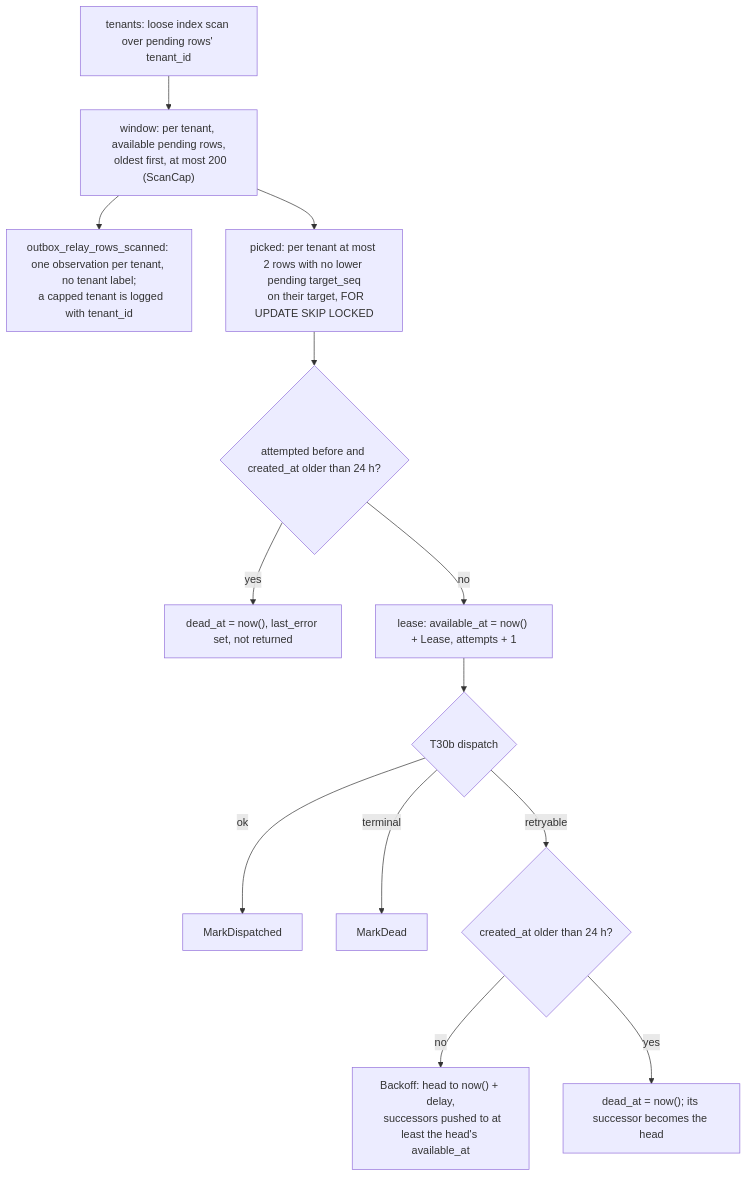
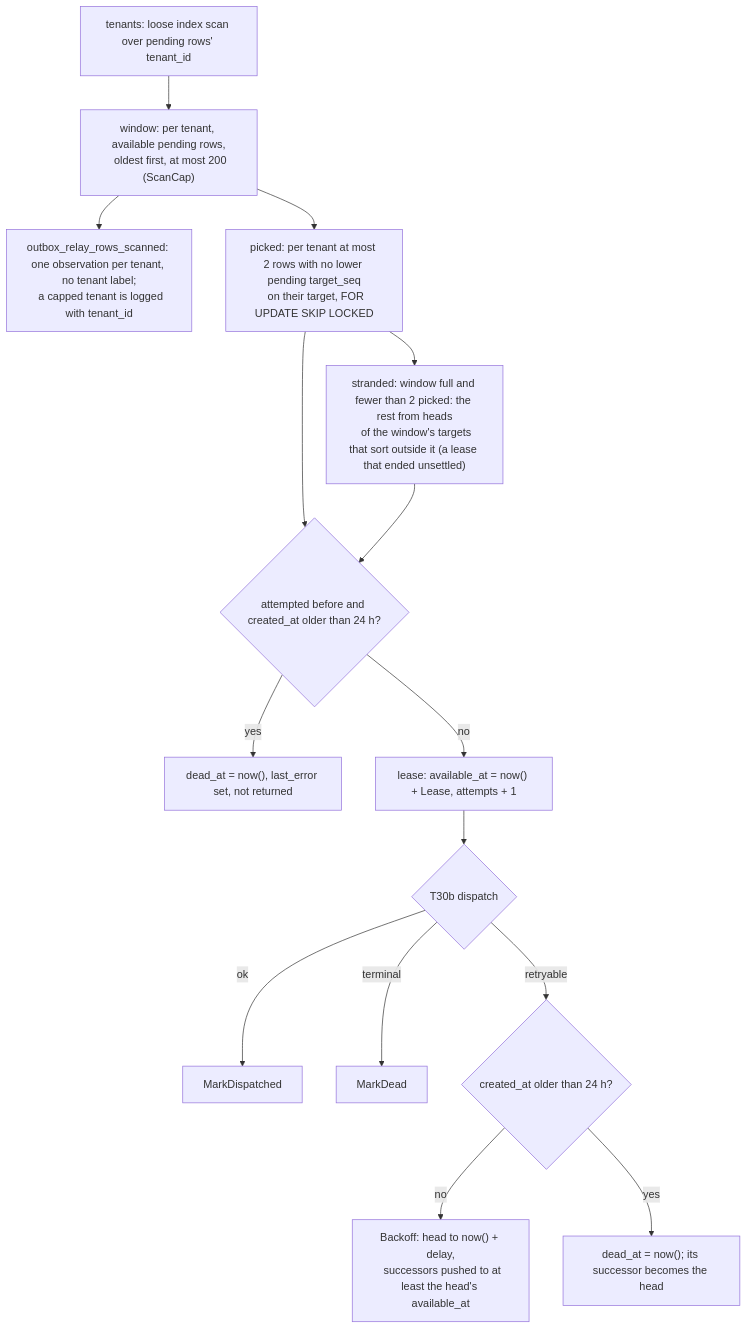
The first of 2 diagrams in docs/architecture/outbox-relay.md (Navaladi2019/TicketingSystem), drawn with Mermaid before and after one commit. The commit also changed other lines of this file and 6 other files, not shown here.

First line of the commit message:
TICK-248: claim heads stranded behind their successors after a lease

````diff
--- a/docs/architecture/outbox-relay.md
+++ b/docs/architecture/outbox-relay.md
@@ -17,19 +17,22 @@
 ```mermaid
 flowchart TD
   T["tenants: loose index scan over pending rows' tenant_id"] --> W["window: per tenant, available pending rows,
   oldest first, at most 200 (ScanCap)"]
   W --> M["outbox_relay_rows_scanned: one observation per tenant, no tenant label;
   a capped tenant is logged with tenant_id"]
   W --> P["picked: per tenant at most 2 rows with no lower pending target_seq
   on their target, FOR UPDATE SKIP LOCKED"]
-  P --> X{"attempted before and created_at older than 24 h?"}
+  P --> S["stranded: window full and fewer than 2 picked: the rest from heads
+  of the window's targets that sort outside it (a lease that ended unsettled)"]
+  P --> X
+  S --> X{"attempted before and created_at older than 24 h?"}
   X -->|yes| XD["dead_at = now(), last_error set, not returned"]
   X -->|no| L["lease: available_at = now() + Lease, attempts + 1"]
   L --> D{T30b dispatch}
   D -->|ok| MD[MarkDispatched]
   D -->|terminal| MX[MarkDead]
   D -->|retryable| B{"created_at older than 24 h?"}
   B -->|no| BO["Backoff: head to now() + delay,
   successors pushed to at least the head's available_at"]
   B -->|yes| DD["dead_at = now(); its successor becomes the head"]
 ```
````
